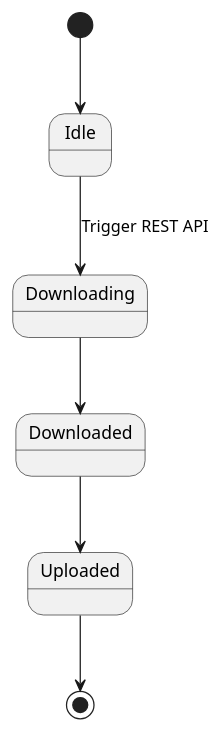
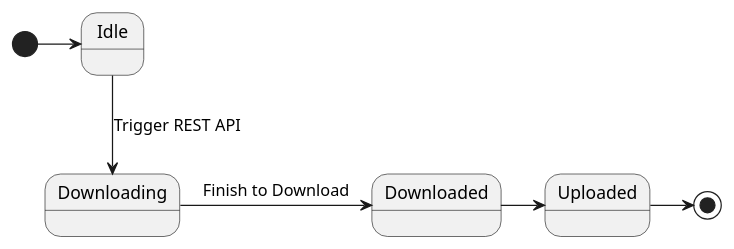
Before and after one commit to yanghoon/obsidian-workspace: the diagram in _diary/2024-06-21.md, drawn with PlantUML.

Commit message:
vault backup: 2024-06-23 19:37:32

````diff
--- a/_diary/2024-06-21.md
+++ b/_diary/2024-06-21.md
@@ -52,11 +52,11 @@
 ```plantuml
 @startuml
 
-[*] --> Idle
+[*] -> Idle
 Idle --> Downloading : Trigger REST API
-Downloading --> Downloaded
-Downloaded --> Uploaded
-Uploaded -->[*] 
+Downloading -> Downloaded : Finish to Download
+Downloaded -> Uploaded
+Uploaded ->[*] 
 
 @enduml
 ```
````
